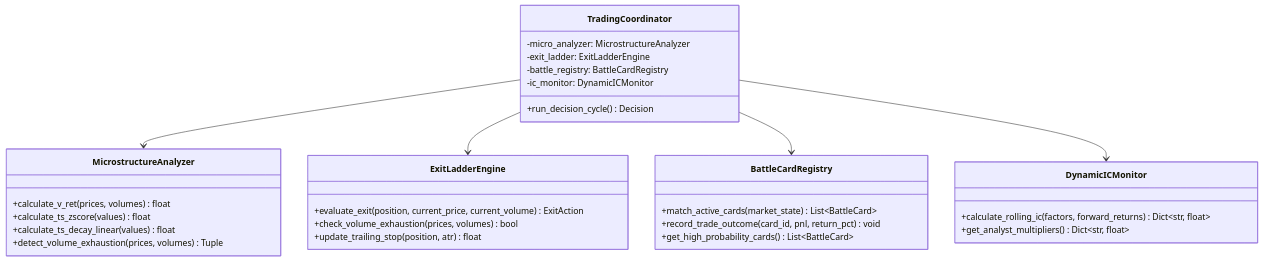
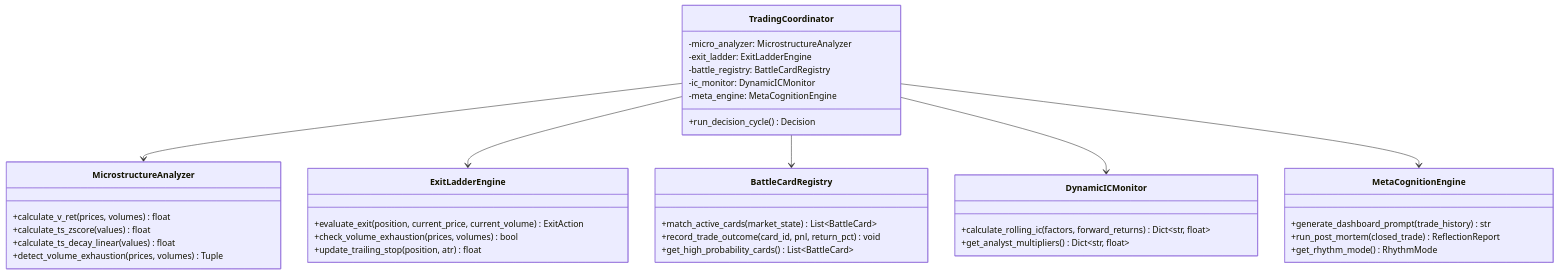
One commit to dimx9173/vibe-trading-encyc changed the fourth of 5 diagrams in docs/research/vbt-harvested-alpha-expansion-plan.md. Above: the diagram before and after it, drawn with Mermaid. The commit also changed other lines of this file, not shown here.

Commit message:
docs(research): enhance expansion plan to v1.2.0 with meta-cognition and competitive paradigms

````diff
--- a/docs/research/vbt-harvested-alpha-expansion-plan.md
+++ b/docs/research/vbt-harvested-alpha-expansion-plan.md
@@ -155,39 +217,47 @@
 ```mermaid
 classDiagram
     class MicrostructureAnalyzer {
         +calculate_v_ret(prices, volumes) float
         +calculate_ts_zscore(values) float
         +calculate_ts_decay_linear(values) float
         +detect_volume_exhaustion(prices, volumes) Tuple
     }
 
     class ExitLadderEngine {
         +evaluate_exit(position, current_price, current_volume) ExitAction
         +check_volume_exhaustion(prices, volumes) bool
         +update_trailing_stop(position, atr) float
     }
 
     class BattleCardRegistry {
         +match_active_cards(market_state) List~BattleCard~
         +record_trade_outcome(card_id, pnl, return_pct) void
         +get_high_probability_cards() List~BattleCard~
     }
 
     class DynamicICMonitor {
         +calculate_rolling_ic(factors, forward_returns) Dict~str, float~
         +get_analyst_multipliers() Dict~str, float~
     }
 
+    class MetaCognitionEngine {
+        +generate_dashboard_prompt(trade_history) str
+        +run_post_mortem(closed_trade) ReflectionReport
+        +get_rhythm_mode() RhythmMode
+    }
+
     class TradingCoordinator {
         -micro_analyzer: MicrostructureAnalyzer
         -exit_ladder: ExitLadderEngine
         -battle_registry: BattleCardRegistry
         -ic_monitor: DynamicICMonitor
+        -meta_engine: MetaCognitionEngine
         +run_decision_cycle() Decision
     }
 
     TradingCoordinator --> MicrostructureAnalyzer
     TradingCoordinator --> ExitLadderEngine
     TradingCoordinator --> BattleCardRegistry
     TradingCoordinator --> DynamicICMonitor
+    TradingCoordinator --> MetaCognitionEngine
 ```
````
